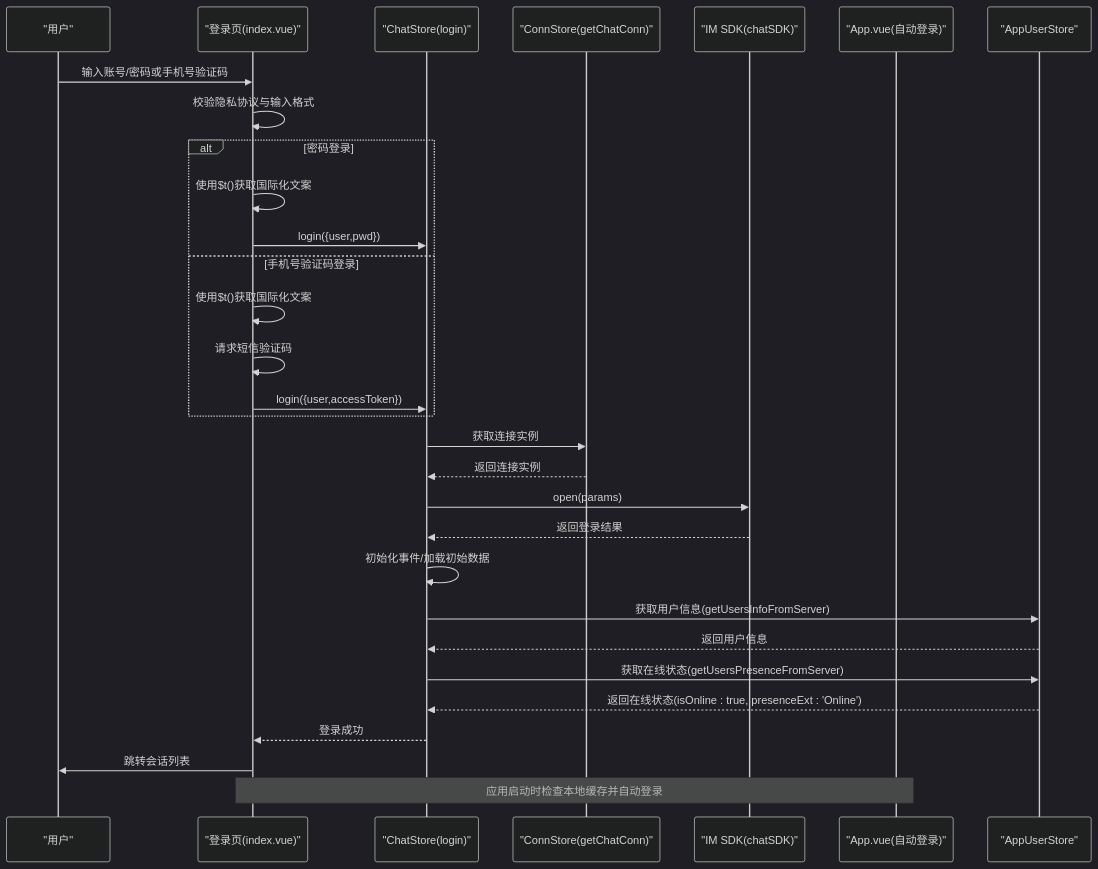
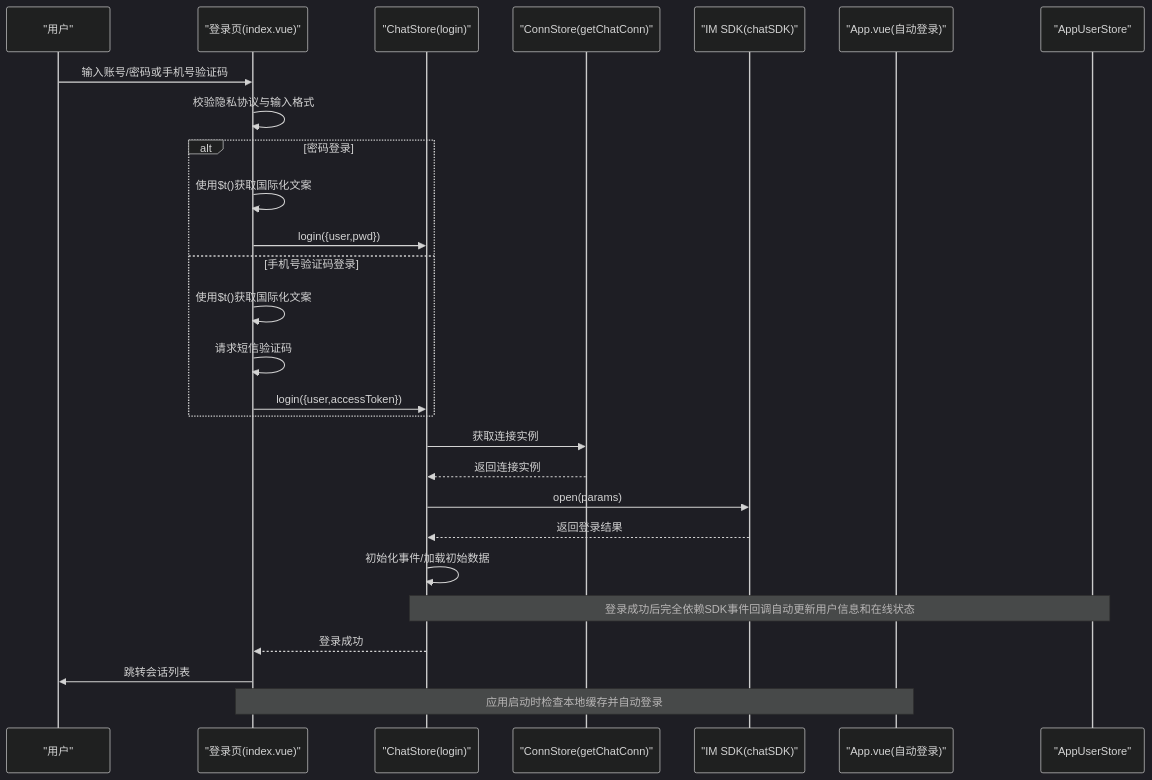
The second of 5 diagrams in .qoder/repowiki/zh/content/示例应用/登录页面.md (Easemob-Community/easemob-uikit-uniapp-community), drawn with Mermaid (dark theme) before and after one commit. The commit also changed other lines of this file and 5 other files, not shown here.

````diff
--- a/.qoder/repowiki/zh/content/示例应用/登录页面.md
+++ b/.qoder/repowiki/zh/content/示例应用/登录页面.md
@@ -149,32 +146,29 @@
 ```mermaid
 sequenceDiagram
 participant U as "用户"
 participant L as "登录页(index.vue)"
 participant S as "ChatStore(login)"
 participant C as "ConnStore(getChatConn)"
 participant SDK as "IM SDK(chatSDK)"
 participant A as "App.vue(自动登录)"
 participant AU as "AppUserStore"
 U->>L : 输入账号/密码或手机号验证码
 L->>L : 校验隐私协议与输入格式
 alt 密码登录
 L->>L : 使用$t()获取国际化文案
 L->>S : login({user,pwd})
 else 手机号验证码登录
 L->>L : 使用$t()获取国际化文案
 L->>L : 请求短信验证码
 L->>S : login({user,accessToken})
 end
 S->>C : 获取连接实例
 C-->>S : 返回连接实例
 S->>SDK : open(params)
 SDK-->>S : 返回登录结果
 S->>S : 初始化事件/加载初始数据
-S->>AU : 获取用户信息(getUsersInfoFromServer)
-AU-->>S : 返回用户信息
-S->>AU : 获取在线状态(getUsersPresenceFromServer)
-AU-->>S : 返回在线状态(isOnline : true, presenceExt : 'Online')
+Note over S,AU : 登录成功后完全依赖SDK事件回调自动更新用户信息和在线状态
 S-->>L : 登录成功
 L->>U : 跳转会话列表
 Note over A,L : 应用启动时检查本地缓存并自动登录
 ```
````
